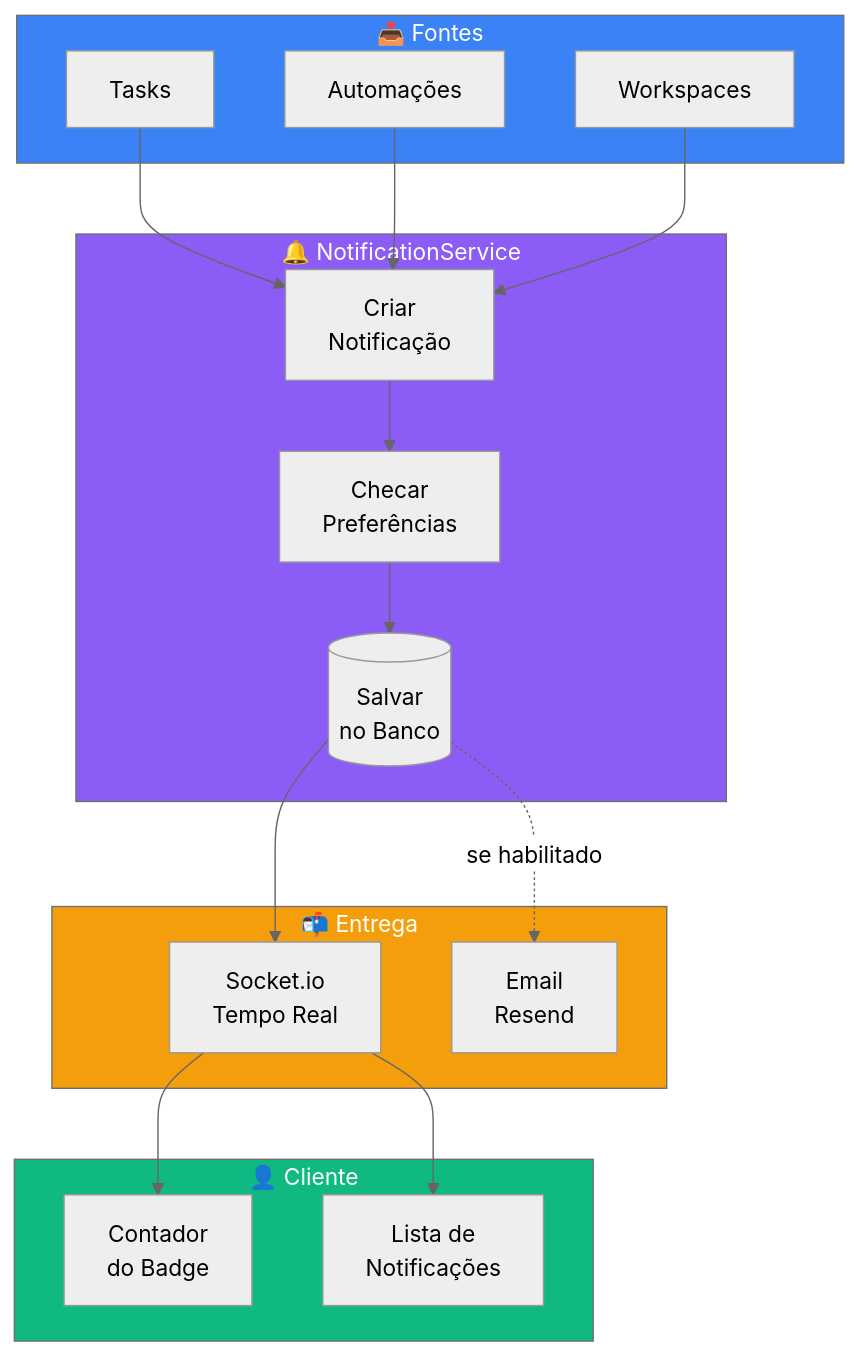
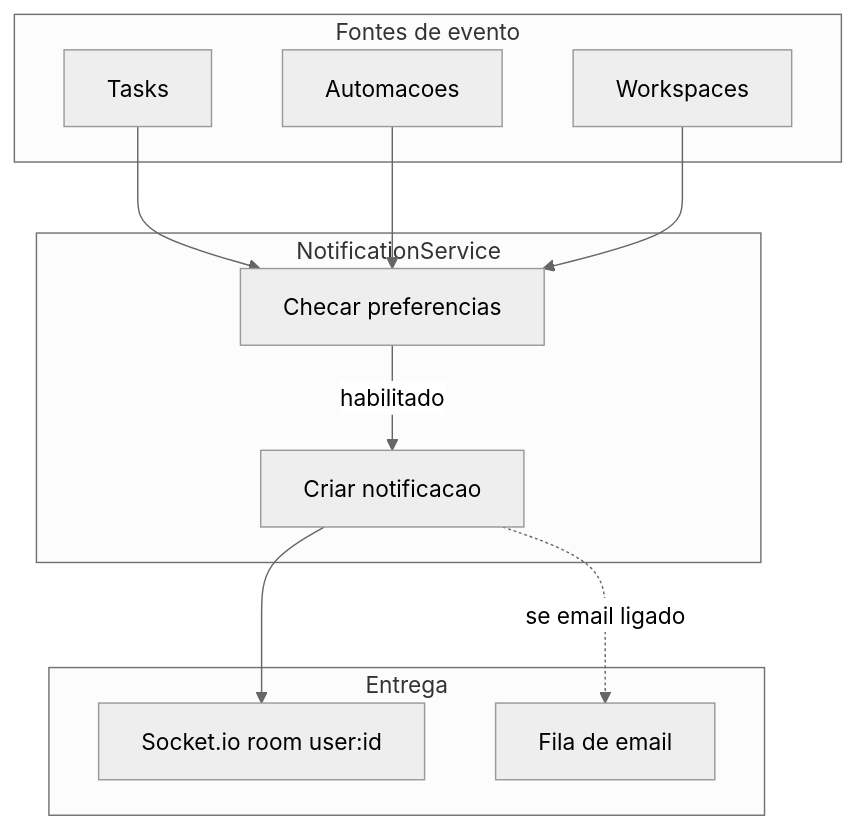
Before and after one commit to felipefontoura/spec-driven-development-book: diagram 11 of 15 in BOOK.pt-BR.md, drawn with Mermaid (neutral theme). The commit also changed other lines of this file and 4 other files, not shown here.

````diff
--- a/BOOK.pt-BR.md
+++ b/BOOK.pt-BR.md
@@ -2201,41 +2762,29 @@
 ```mermaid
 flowchart TB
-    subgraph SOURCES["📤 Fontes"]
+    subgraph FONTES["Fontes de evento"]
         T[Tasks]
-        A[Automações]
+        A[Automacoes]
         W[Workspaces]
     end
 
-    subgraph SERVICE["🔔 NotificationService"]
-        CREATE[Criar<br/>Notificação]
-        CHECK[Checar<br/>Preferências]
-        SAVE[(Salvar<br/>no Banco)]
+    subgraph NS["NotificationService"]
+        CHECK[Checar preferencias]
+        CREATE[Criar notificacao]
     end
 
-    subgraph DELIVERY["📬 Entrega"]
-        WS[Socket.io<br/>Tempo Real]
-        EMAIL[Email<br/>Resend]
+    subgraph ENTREGA["Entrega"]
+        WS[Socket.io room user:id]
+        EM[Fila de email]
     end
 
-    subgraph CLIENT["👤 Cliente"]
-        BADGE[Contador<br/>do Badge]
-        LIST[Lista de<br/>Notificações]
-    end
+    T --> CHECK
+    A --> CHECK
+    W --> CHECK
+    CHECK -->|habilitado| CREATE
+    CREATE --> WS
+    CREATE -.->|se email ligado| EM
 
-    T --> CREATE
-    A --> CREATE
-    W --> CREATE
-
-    CREATE --> CHECK
-    CHECK --> SAVE
-    SAVE --> WS
-    SAVE -.->|se habilitado| EMAIL
-
-    WS --> BADGE
-    WS --> LIST
-
-    style SOURCES fill:#3b82f6,color:#fff
-    style SERVICE fill:#8b5cf6,color:#fff
-    style DELIVERY fill:#f59e0b,color:#fff
-    style CLIENT fill:#10b981,color:#fff
+    class CHECK,CREATE accent;
+    class WS,EM soft;
+    class T,A,W neutral;
 ```
````
